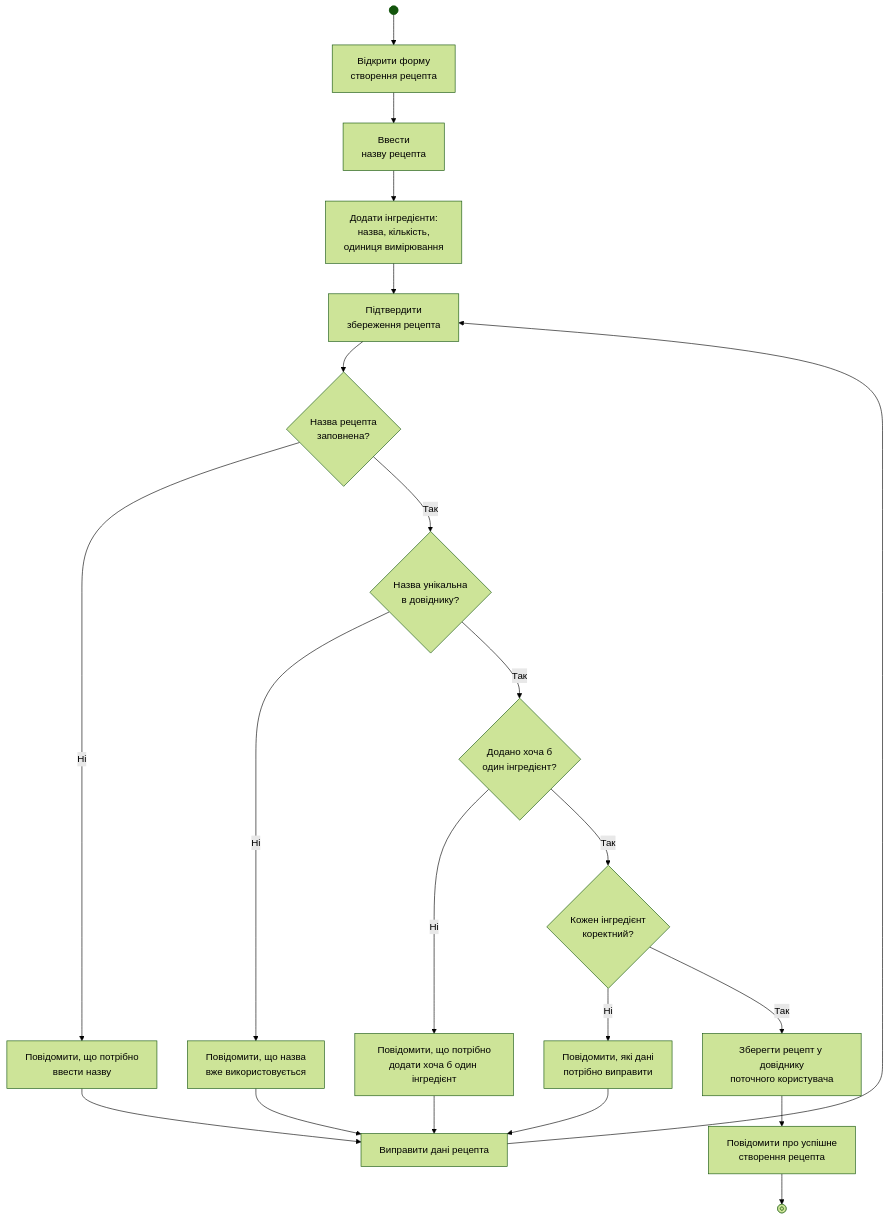
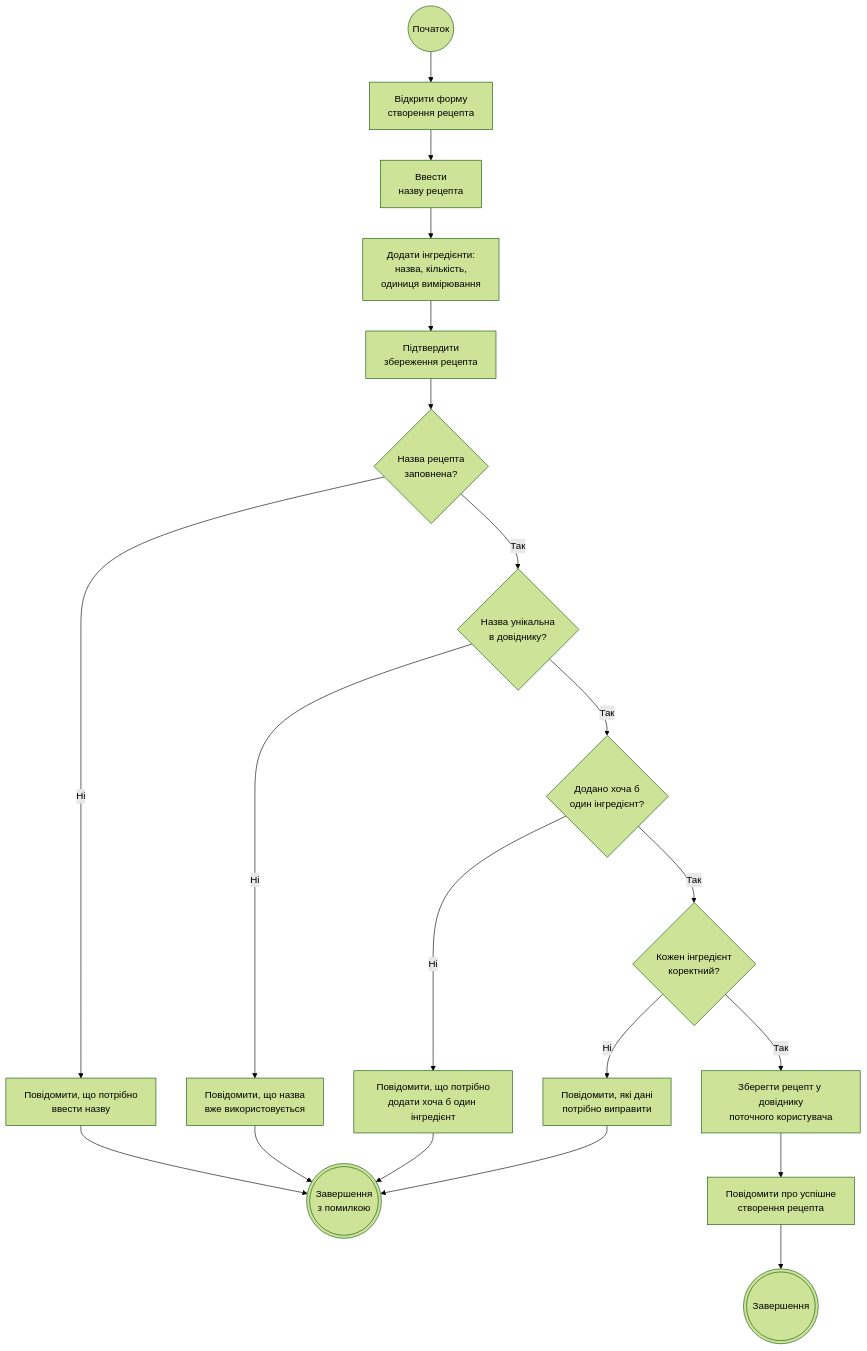
One commit to lvovasofia/TRPZ_LAB_TR-42 changed the diagram in model/activity-uc-03.md. Above: the diagram before and after it, drawn with Mermaid (forest theme).

Commit message:
docs: fix activity-uc-03 as per the requirements2

````diff
--- a/model/activity-uc-03.md
+++ b/model/activity-uc-03.md
@@ -5,30 +5,28 @@
 ```mermaid
 flowchart TD
-    A@{ shape: f-circ, label: "Початок" }
-    A --> B[Відкрити форму<br>створення рецепта]
+    A((Початок)) --> B[Відкрити форму<br>створення рецепта]
     B --> C[Ввести<br>назву рецепта]
     C --> D[Додати інгредієнти:<br>назва, кількість,<br>одиниця вимірювання]
     D --> E[Підтвердити<br>збереження рецепта]
 
     E --> F{Назва рецепта<br>заповнена?}
     F -- Ні --> F1[Повідомити, що потрібно<br>ввести назву]
     F -- Так --> G{Назва унікальна<br>в довіднику?}
 
     G -- Ні --> G1[Повідомити, що назва<br>вже використовується]
     G -- Так --> H{Додано хоча б<br>один інгредієнт?}
 
     H -- Ні --> H1[Повідомити, що потрібно<br>додати хоча б один інгредієнт]
     H -- Так --> I{Кожен інгредієнт<br>коректний?}
 
     I -- Ні --> I1[Повідомити, які дані<br>потрібно виправити]
     I -- Так --> J[Зберегти рецепт у довіднику<br>поточного користувача]
 
     J --> K[Повідомити про успішне<br>створення рецепта]
-    K --> M@{ shape: fr-circ, label: "Завершення" }
+    K --> Z1(((Завершення)))
 
-    F1 --> L[Виправити дані рецепта]
-    G1 --> L
-    H1 --> L
-    I1 --> L
-    L --> E
+    F1 --> Z2(((Завершення<br>з помилкою)))
+    G1 --> Z2
+    H1 --> Z2
+    I1 --> Z2
 ```
````
